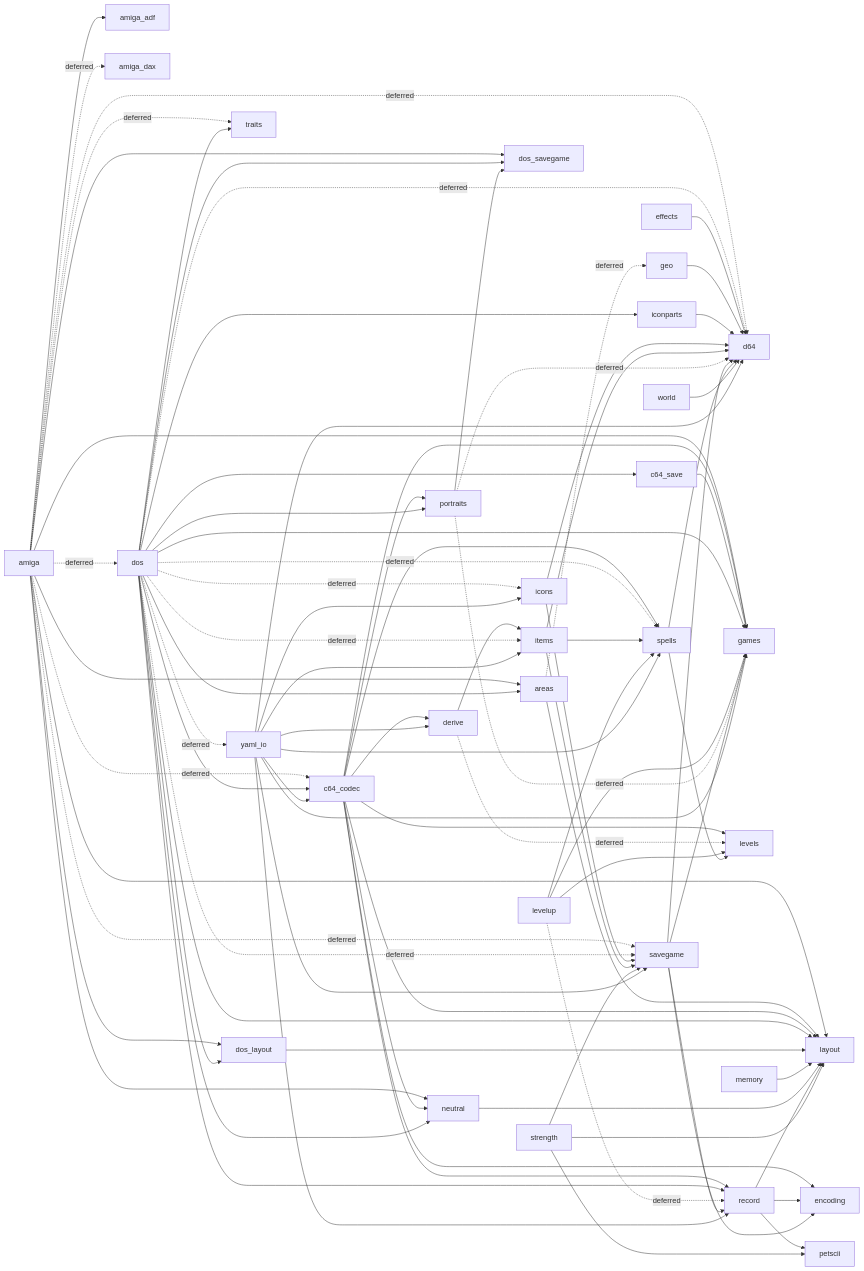
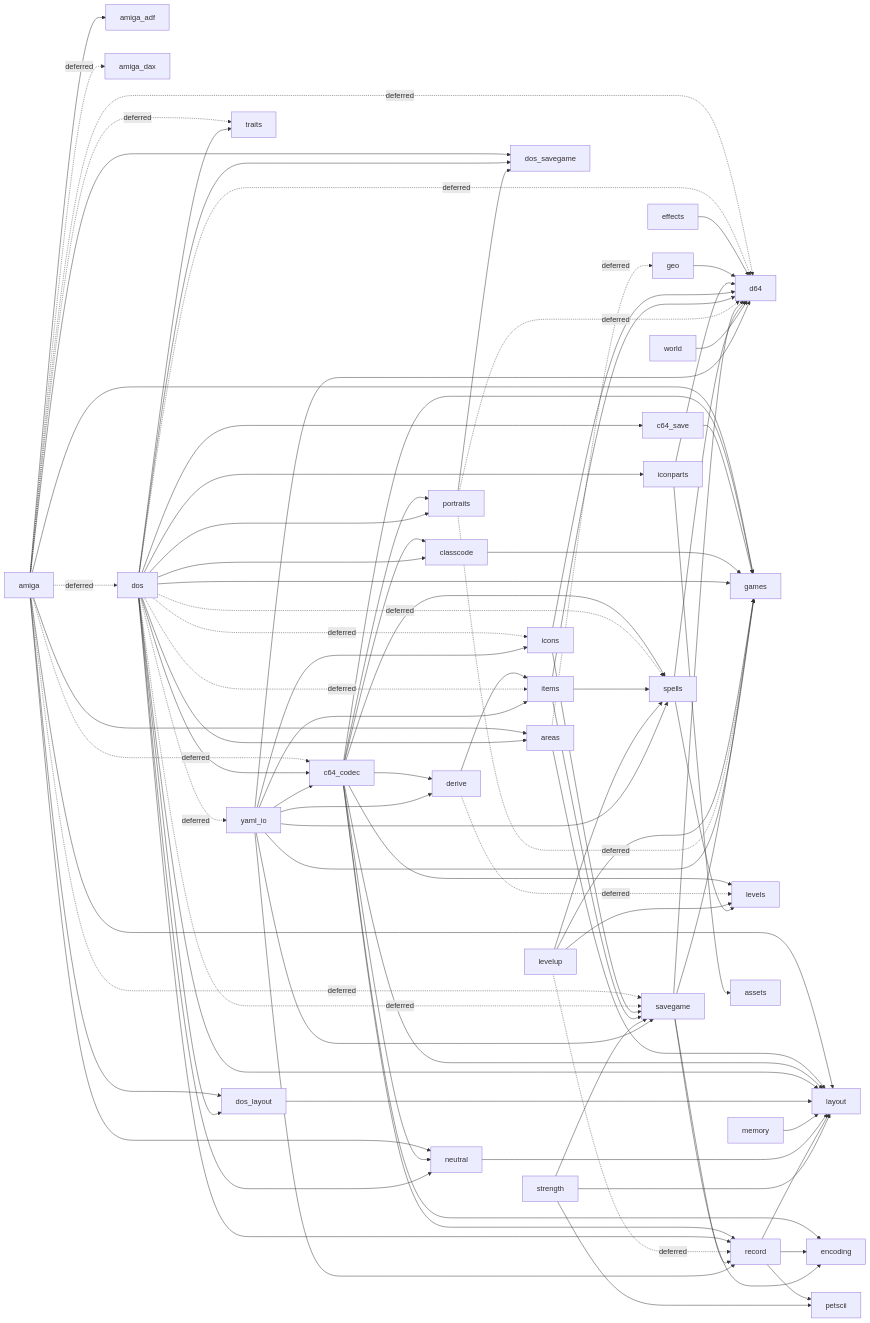
The fourth of 4 diagrams in docs/117-save-conversion.md (malcyon/wish), drawn with Mermaid before and after one commit.

Commit message:
Redraw the module import graph, since carrying the icon table through goldbox.assets added an edge (#315)
Claude-Session: https://claude.ai/code/session_016y61KCQqqTKWNATWqqTX5e

```diff
--- a/docs/117-save-conversion.md
+++ b/docs/117-save-conversion.md
@@ -1870,6 +1870,7 @@
   amiga -.->|deferred| traits
   areas -.->|deferred| geo
   areas --> layout
+  c64_codec --> classcode
   c64_codec --> derive
   c64_codec --> encoding
   c64_codec --> games
@@ -1880,11 +1881,13 @@
   c64_codec --> record
   c64_codec --> spells
   c64_save --> games
+  classcode --> games
   derive --> items
   derive -.->|deferred| levels
   dos --> areas
   dos --> c64_codec
   dos --> c64_save
+  dos --> classcode
   dos -.->|deferred| d64
   dos --> dos_layout
   dos --> dos_savegame
@@ -1903,6 +1906,7 @@
   dos_layout --> layout
   effects --> d64
   geo --> d64
+  iconparts --> assets
   iconparts --> d64
   icons --> d64
   icons --> savegame
```
